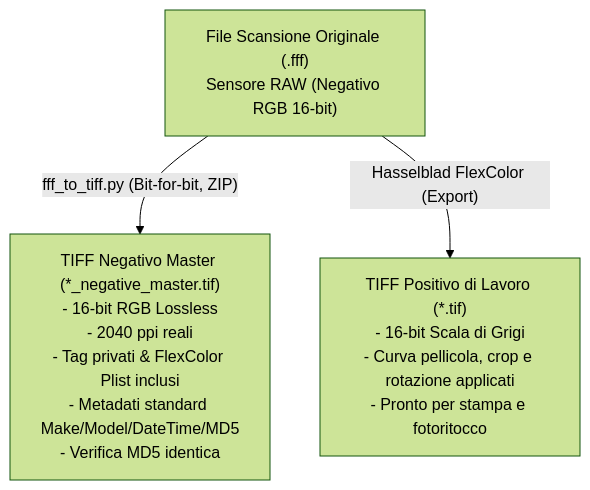
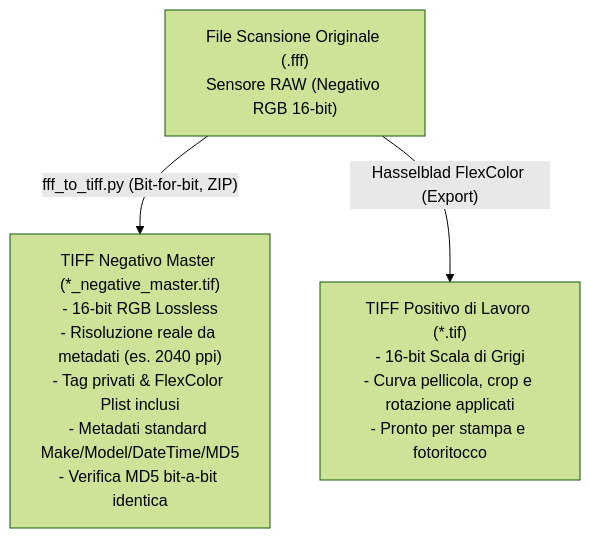
One commit to mattxvx/fff-to-tiff changed the diagram in README.md. Above: the diagram before and after it, drawn with Mermaid (forest theme). The commit also changed other lines of this file and 3 other files, not shown here.

Commit message:
Add lossless FFF to TIFF converter, test suite, and anonymous documentation

````diff
--- a/README.md
+++ b/README.md
@@ -39,7 +39,7 @@
 ```mermaid
 flowchart TD
     FFF["File Scansione Originale (.fff)<br/>Sensore RAW (Negativo RGB 16-bit)"]
     
-    FFF -->|"fff_to_tiff.py (Bit-for-bit, ZIP)"| Master["TIFF Negativo Master (*_negative_master.tif)<br/>- 16-bit RGB Lossless<br/>- 2040 ppi reali<br/>- Tag privati & FlexColor Plist inclusi<br/>- Metadati standard Make/Model/DateTime/MD5<br/>- Verifica MD5 identica"]
+    FFF -->|"fff_to_tiff.py (Bit-for-bit, ZIP)"| Master["TIFF Negativo Master (*_negative_master.tif)<br/>- 16-bit RGB Lossless<br/>- Risoluzione reale da metadati (es. 2040 ppi)<br/>- Tag privati & FlexColor Plist inclusi<br/>- Metadati standard Make/Model/DateTime/MD5<br/>- Verifica MD5 bit-a-bit identica"]
     FFF -->|"Hasselblad FlexColor (Export)"| Positive["TIFF Positivo di Lavoro (*.tif)<br/>- 16-bit Scala di Grigi<br/>- Curva pellicola, crop e rotazione applicati<br/>- Pronto per stampa e fotoritocco"]
 ```
````
